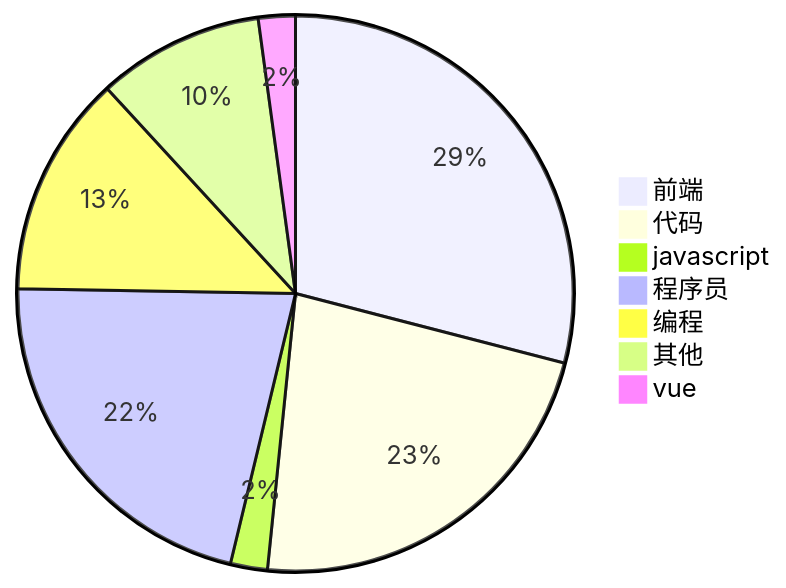
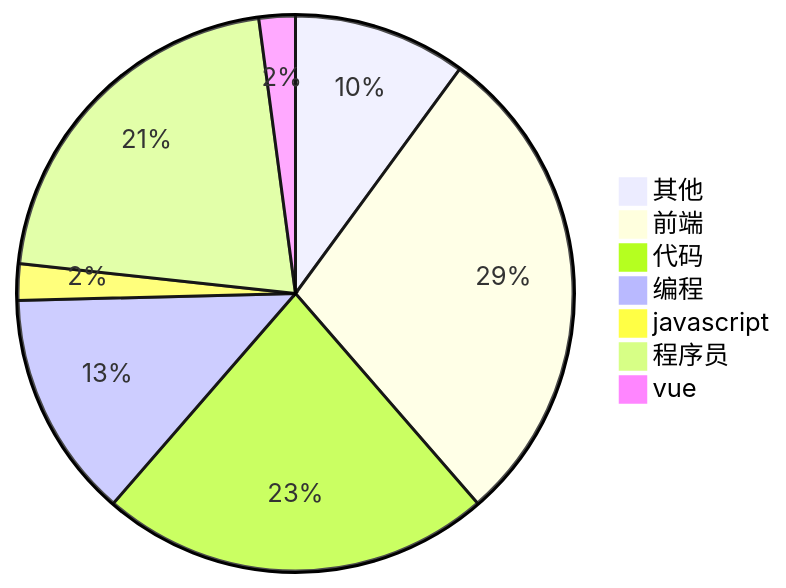
Before and after one commit to xieerduos/xieerduos.github.io: the diagram in douyin/RankingList.md, drawn with Mermaid. The commit also changed other lines of this file, not shown here.

````diff
--- a/douyin/RankingList.md
+++ b/douyin/RankingList.md
@@ -73,10 +74,10 @@
 ```Mermaid
 pie title 
+    "其他" : 19
     "前端" : 54
-    "代码" : 42
+    "代码" : 43
+    "编程" : 25
     "javascript" : 4
     "程序员" : 40
-    "编程" : 24
-    "其他" : 18
     "vue" : 4
 ```
````
